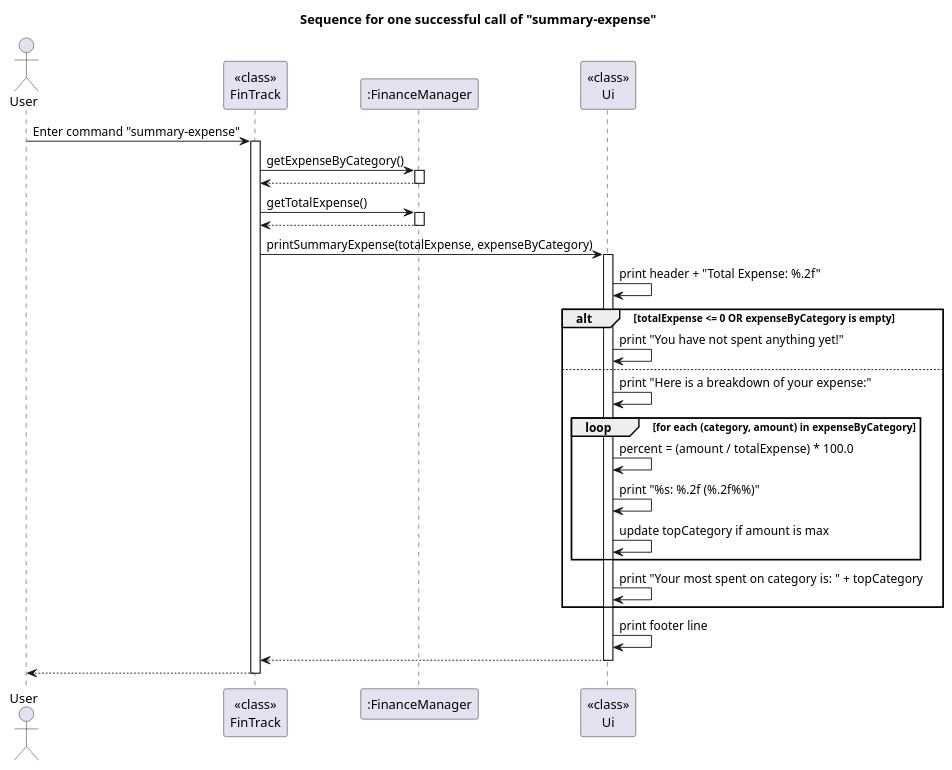
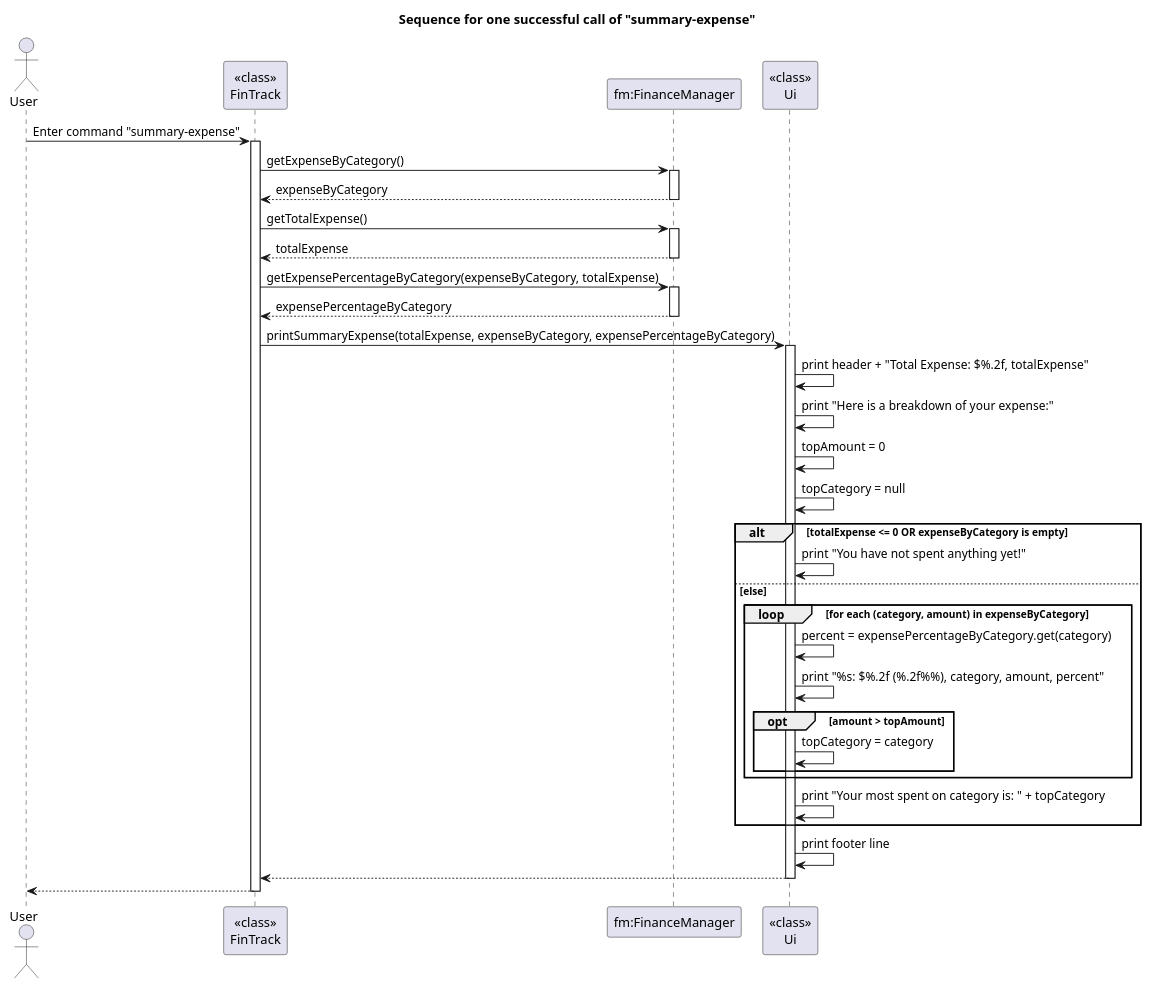
The diagram in docs/diagrams/summary_expense.puml (AY2526S1-CS2113-W12-4/tp), drawn with PlantUML before and after one commit. The commit also changed 4 other files, not shown here.

```diff
--- a/docs/diagrams/summary_expense.puml
+++ b/docs/diagrams/summary_expense.puml
@@ -1,44 +1,53 @@
 @startuml
 title Sequence for one successful call of "summary-expense"
 
 actor User
 participant "<<class>>\nFinTrack" as FinTrack
-participant ":FinanceManager" as FM
+participant "fm:FinanceManager" as FM
 participant "<<class>>\nUi" as Ui
 
 User -> FinTrack: Enter command "summary-expense"
 activate FinTrack
 
 FinTrack -> FM: getExpenseByCategory()
 activate FM
-FM --> FinTrack
+FM --> FinTrack: expenseByCategory
 deactivate FM
 
 FinTrack -> FM: getTotalExpense()
 activate FM
-FM --> FinTrack
+FM --> FinTrack: totalExpense
 deactivate FM
 
-FinTrack -> Ui: printSummaryExpense(totalExpense, expenseByCategory)
+FinTrack -> FM: getExpensePercentageByCategory(expenseByCategory, totalExpense)
+activate FM
+FM --> FinTrack: expensePercentageByCategory
+deactivate FM
+
+FinTrack -> Ui: printSummaryExpense(totalExpense, expenseByCategory, expensePercentageByCategory)
 activate Ui
-Ui -> Ui: print header + "Total Expense: %.2f"
+Ui -> Ui: print header + "Total Expense: $%.2f, totalExpense"
+Ui -> Ui: print "Here is a breakdown of your expense:"
+Ui -> Ui: topAmount = 0
+Ui -> Ui: topCategory = null
 
 alt totalExpense <= 0 OR expenseByCategory is empty
   Ui -> Ui: print "You have not spent anything yet!"
-else
-  Ui -> Ui: print "Here is a breakdown of your expense:"
+else else
   loop for each (category, amount) in expenseByCategory
-    Ui -> Ui: percent = (amount / totalExpense) * 100.0
-    Ui -> Ui: print "%s: %.2f (%.2f%%)"
-    Ui -> Ui: update topCategory if amount is max
+    Ui -> Ui: percent = expensePercentageByCategory.get(category)
+    Ui -> Ui: print "%s: $%.2f (%.2f%%), category, amount, percent"
+    opt amount > topAmount
+      Ui -> Ui: topCategory = category
+    end
   end
   Ui -> Ui: print "Your most spent on category is: " + topCategory
 end
 Ui -> Ui: print footer line
 Ui --> FinTrack
 deactivate Ui
 
 FinTrack --> User
 deactivate FinTrack
 
 @enduml
```
